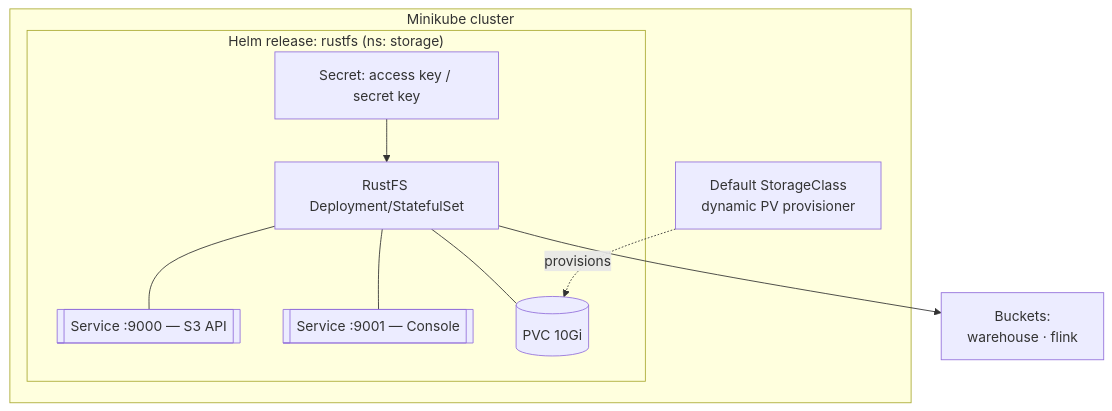
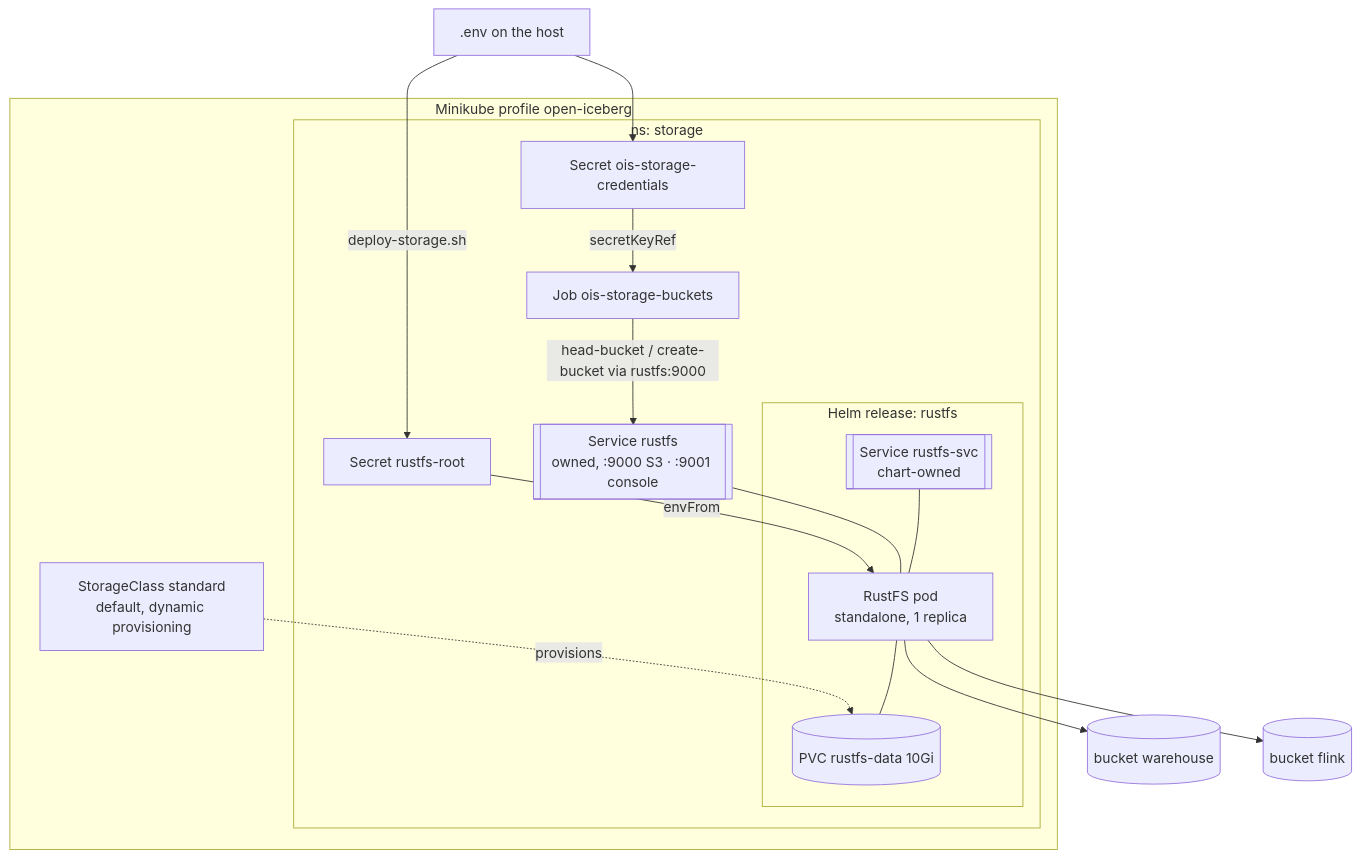
The first of 2 diagrams in docs/tech/lld/01-foundation-storage.md (christiannarbon/ois), drawn with Mermaid before and after one commit. The commit also changed other lines of this file, not shown here.

````diff
--- a/docs/tech/lld/01-foundation-storage.md
+++ b/docs/tech/lld/01-foundation-storage.md
@@ -14,20 +15,28 @@
 ```mermaid
 flowchart TB
-    subgraph minikube["Minikube cluster"]
-        sc[Default StorageClass<br/>dynamic PV provisioner]
-        subgraph rustfsRel["Helm release: rustfs (ns: storage)"]
-            deploy[RustFS Deployment/StatefulSet]
-            svcApi[[Service :9000 — S3 API]]
-            svcCon[[Service :9001 — Console]]
-            pvc[(PVC 10Gi)]
-            secret[Secret: access key / secret key]
-            deploy --- svcApi
-            deploy --- svcCon
-            deploy --- pvc
-            secret --> deploy
+    subgraph minikube["Minikube profile open-iceberg"]
+        sc[StorageClass standard<br/>default, dynamic provisioning]
+        subgraph ns["ns: storage"]
+            subgraph rel["Helm release: rustfs"]
+                pod[RustFS pod<br/>standalone, 1 replica]
+                chartSvc[[Service rustfs-svc<br/>chart-owned]]
+                pvc[(PVC rustfs-data 10Gi)]
+                chartSvc --- pod
+                pod --- pvc
+            end
+            svc[[Service rustfs<br/>owned, :9000 S3 · :9001 console]]
+            root[Secret rustfs-root]
+            creds[Secret ois-storage-credentials]
+            job[Job ois-storage-buckets]
+            svc --- pod
+            root -->|envFrom| pod
+            creds -->|secretKeyRef| job
+            job -->|head-bucket / create-bucket via rustfs:9000| svc
         end
         sc -.provisions.-> pvc
     end
-    buckets["Buckets:<br/>warehouse · flink"]
-    deploy --> buckets
+    env[.env on the host] -->|deploy-storage.sh| root
+    env --> creds
+    pod --> wh[(bucket warehouse)]
+    pod --> fl[(bucket flink)]
 ```
````
